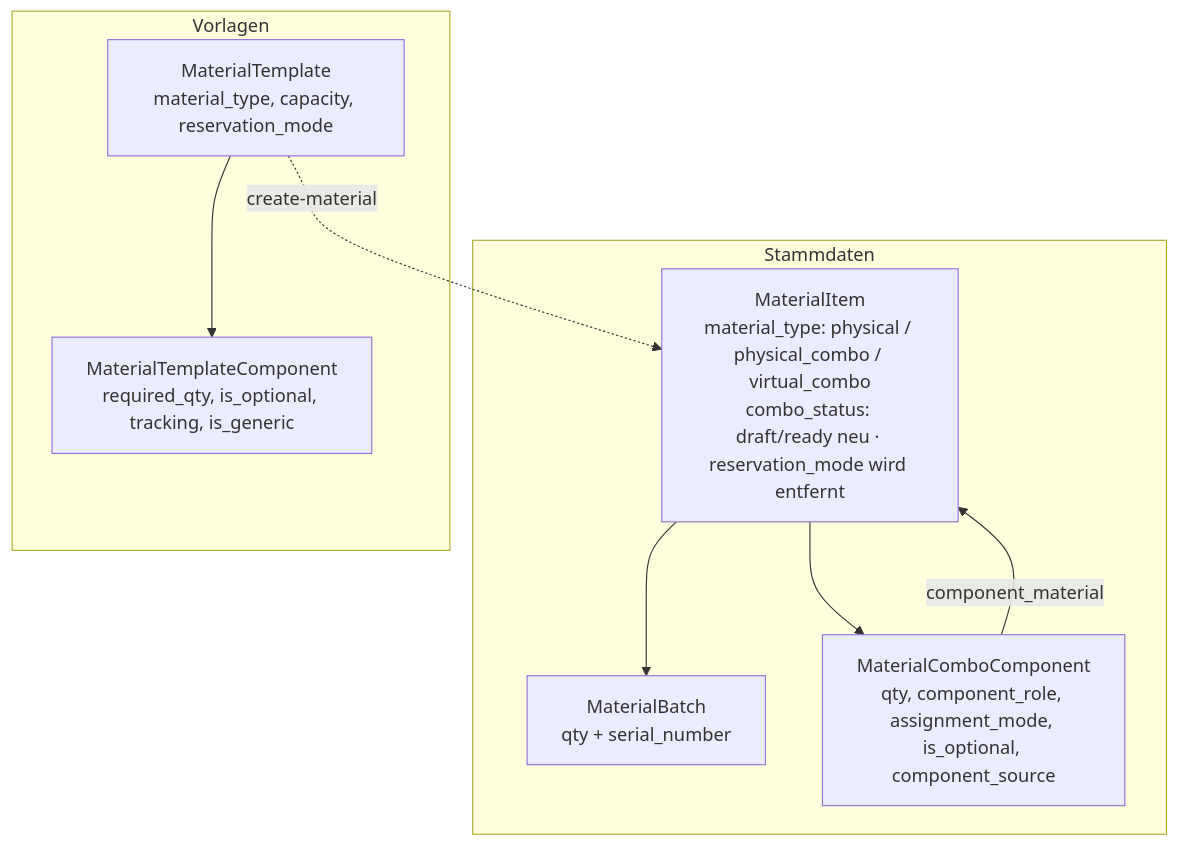
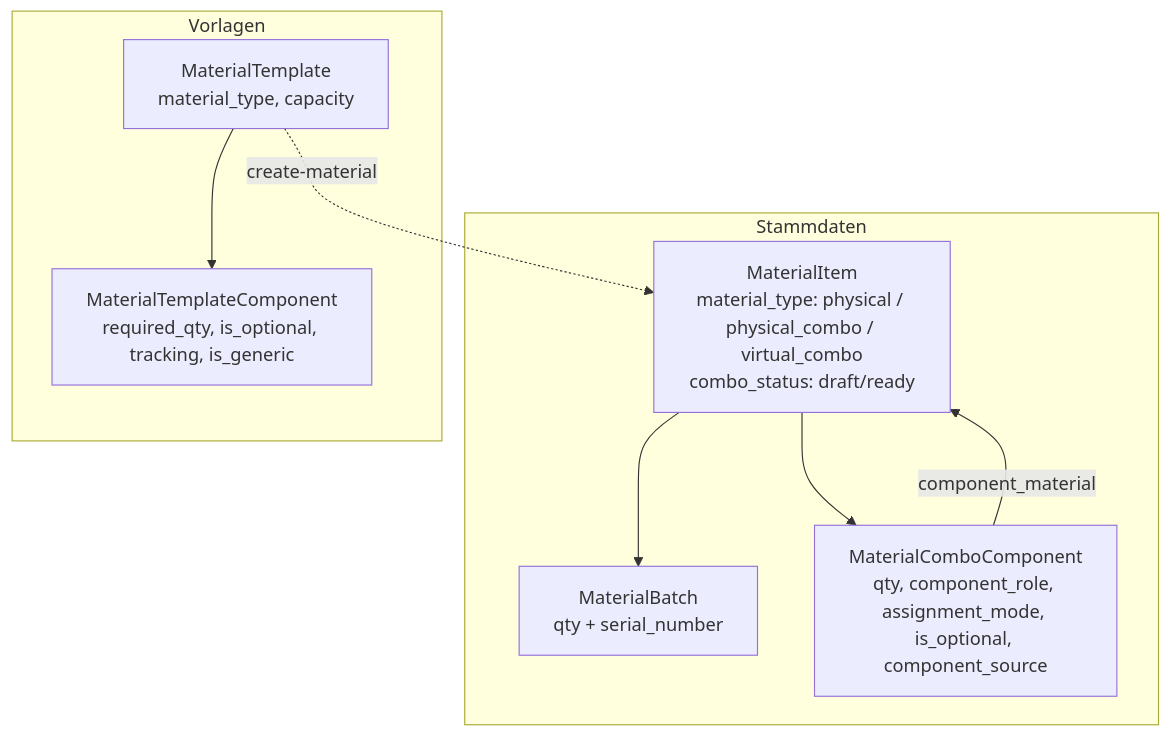
One commit to eMatChef/eMatChef1 changed the diagram in docs/material/combos/README.md. Above: the diagram before and after it, drawn with Mermaid. The commit also changed other lines of this file and 162 other files, not shown here.

````diff
--- a/docs/material/combos/README.md
+++ b/docs/material/combos/README.md
@@ -89,17 +91,17 @@
 ```mermaid
 flowchart TB
   subgraph master [Stammdaten]
-    MI[MaterialItem<br/>material_type: physical / physical_combo / virtual_combo<br/>combo_status: draft/ready neu · reservation_mode wird entfernt]
+    MI[MaterialItem<br/>material_type: physical / physical_combo / virtual_combo<br/>combo_status: draft/ready]
     MB[MaterialBatch<br/>qty + serial_number]
     MCC[MaterialComboComponent<br/>qty, component_role, assignment_mode, is_optional, component_source]
   end
   subgraph tpl [Vorlagen]
-    MT[MaterialTemplate<br/>material_type, capacity, reservation_mode]
+    MT[MaterialTemplate<br/>material_type, capacity]
     MTC[MaterialTemplateComponent<br/>required_qty, is_optional, tracking, is_generic]
   end
   MI --> MB
   MI --> MCC
   MCC -->|component_material| MI
   MT --> MTC
   MT -.->|create-material| MI
 ```
````
